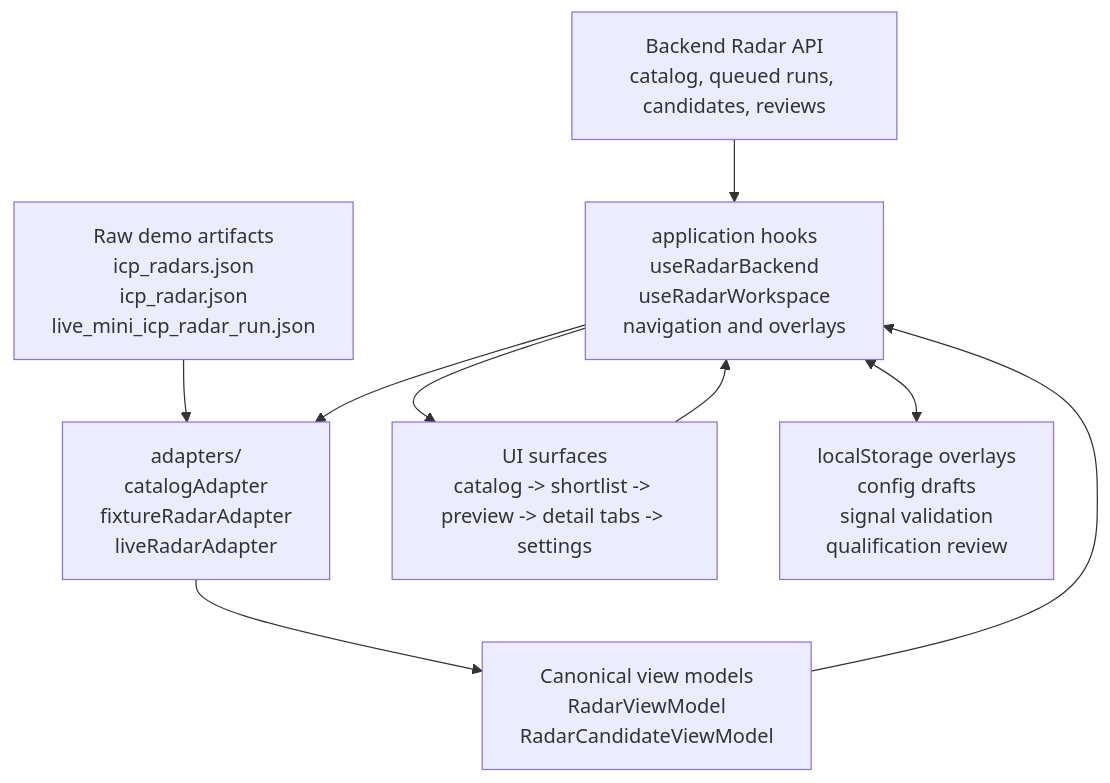
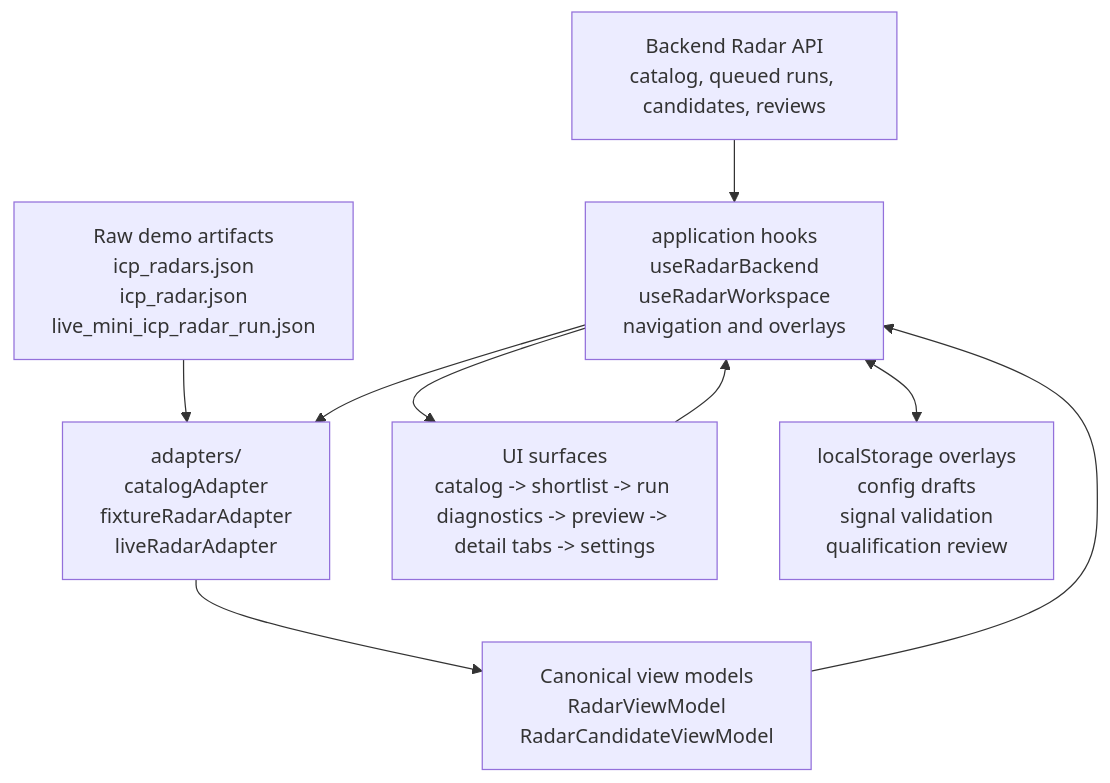
The diagram in frontend/src/features/icp-radar/README.md (mudrezzz/power-web-os), drawn with Mermaid before and after one commit. The commit also changed other lines of this file and 20 other files, not shown here.

Commit message:
Add Radar run-level diagnostics UI

````diff
--- a/frontend/src/features/icp-radar/README.md
+++ b/frontend/src/features/icp-radar/README.md
@@ -26,19 +26,19 @@
 ```mermaid
 flowchart TD
     Api["Backend Radar API<br/>catalog, queued runs, candidates, reviews"]
     RawArtifacts["Raw demo artifacts<br/>icp_radars.json<br/>icp_radar.json<br/>live_mini_icp_radar_run.json"]
     Adapters["adapters/<br/>catalogAdapter<br/>fixtureRadarAdapter<br/>liveRadarAdapter"]
     ViewModels["Canonical view models<br/>RadarViewModel<br/>RadarCandidateViewModel"]
     AppHooks["application hooks<br/>useRadarBackend<br/>useRadarWorkspace<br/>navigation and overlays"]
-    UI["UI surfaces<br/>catalog -> shortlist -> preview -> detail tabs -> settings"]
+    UI["UI surfaces<br/>catalog -> shortlist -> run diagnostics -> preview -> detail tabs -> settings"]
     LocalOverlays["localStorage overlays<br/>config drafts<br/>signal validation<br/>qualification review"]
 
     Api --> AppHooks
     RawArtifacts --> Adapters
     AppHooks --> Adapters
     Adapters --> ViewModels
     ViewModels --> AppHooks
     AppHooks --> UI
     UI --> AppHooks
     AppHooks <--> LocalOverlays
 ```
````
